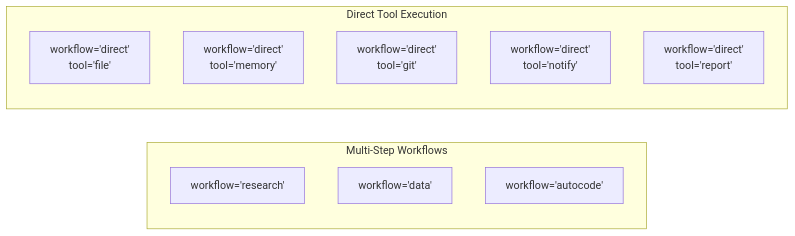
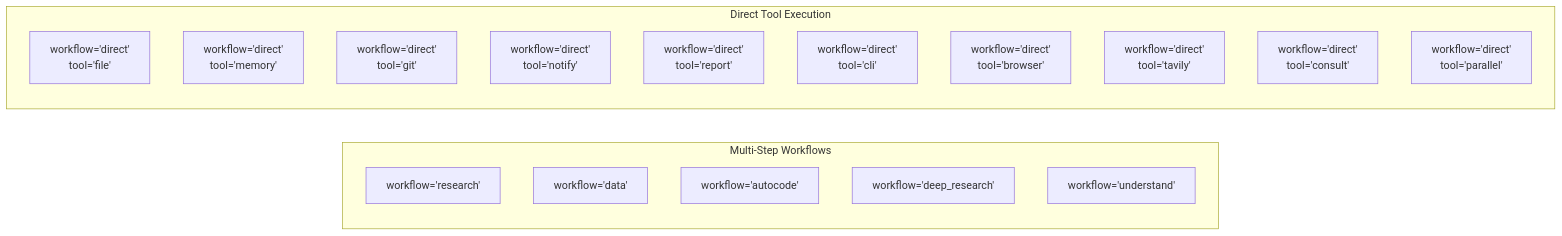
One commit to brunogcar/agent changed the second of 5 diagrams in docs/core/ROUTER.md. Above: the diagram before and after it, drawn with Mermaid. The commit also changed other lines of this file and 8 other files, not shown here.

First line of the commit message:
Router expansion: add cli, browser, tavily, consult, parallel tools + deep_research, understand workflows

````diff
--- a/docs/core/ROUTER.md
+++ b/docs/core/ROUTER.md
@@ -78,15 +89,32 @@
 ```mermaid
 graph LR
     subgraph "Multi-Step Workflows"
         A["workflow='research'"]
         B["workflow='data'"]
         C["workflow='autocode'"]
+        D["workflow='deep_research'"]
+        E["workflow='understand'"]
     end
     subgraph "Direct Tool Execution"
-        D["workflow='direct'<br/>tool='file'"]
-        E["workflow='direct'<br/>tool='memory'"]
-        F["workflow='direct'<br/>tool='git'"]
-        G["workflow='direct'<br/>tool='notify'"]
-        H["workflow='direct'<br/>tool='report'"]
+        G["workflow='direct'
+tool='file'"]
+        H["workflow='direct'
+tool='memory'"]
+        I["workflow='direct'
+tool='git'"]
+        J["workflow='direct'
+tool='notify'"]
+        K["workflow='direct'
+tool='report'"]
+        L["workflow='direct'
+tool='cli'"]
+        M["workflow='direct'
+tool='browser'"]
+        N["workflow='direct'
+tool='tavily'"]
+        O["workflow='direct'
+tool='consult'"]
+        P["workflow='direct'
+tool='parallel'"]
     end
 ```
````
